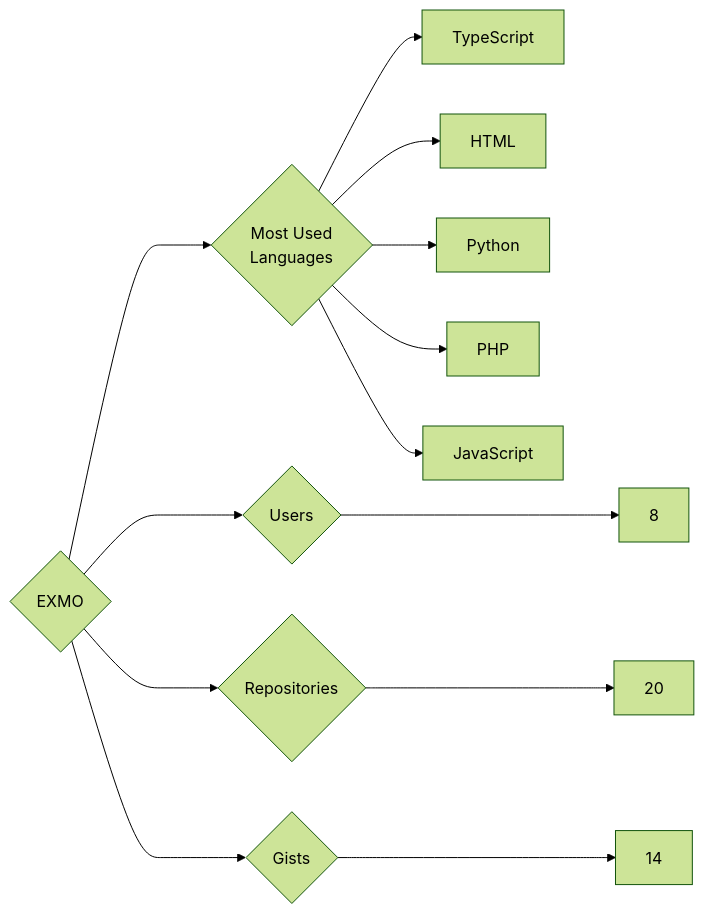
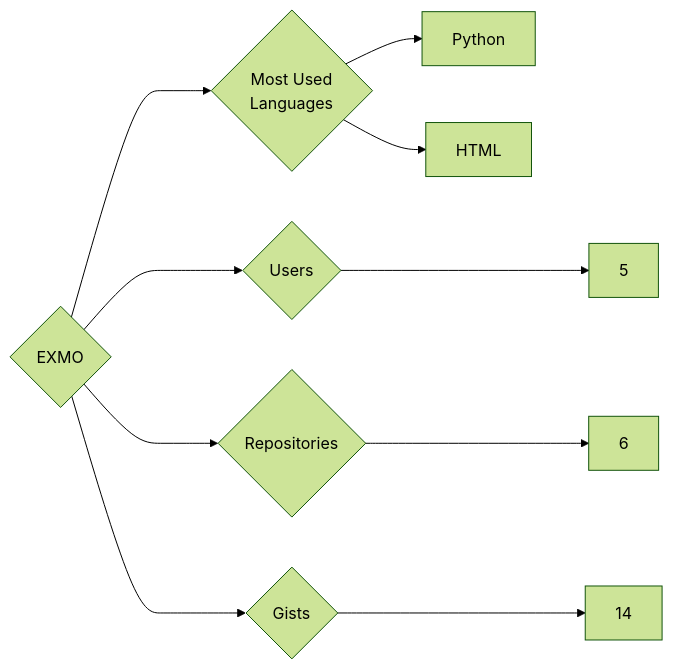
Before and after one commit to trickest/insiders: the diagram in targets/EXMO/README.md, drawn with Mermaid (forest theme). The commit also changed 1023 other files, not shown here.

````diff
--- a/targets/EXMO/README.md
+++ b/targets/EXMO/README.md
@@ -3,13 +3,10 @@
 ```mermaid
 graph LR
 COMPANY_NAME{EXMO}
-COMPANY_NAME ---> U{Users} ---> UN[8]
-COMPANY_NAME ---> R{Repositories} ---> RN[20]
+COMPANY_NAME ---> U{Users} ---> UN[5]
+COMPANY_NAME ---> R{Repositories} ---> RN[6]
 COMPANY_NAME ---> G{Gists} ---> GN[14]
 COMPANY_NAME ---> ML{Most Used<br>Languages}
-ML --> TypeScript[TypeScript]
+ML --> Python[Python]
 ML --> HTML[HTML]
-ML --> Python[Python]
-ML --> PHP[PHP]
-ML --> JavaScript[JavaScript]
 ```
````
